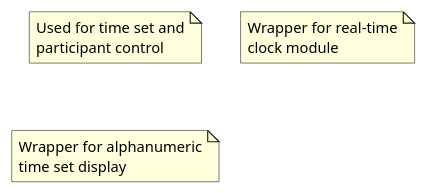
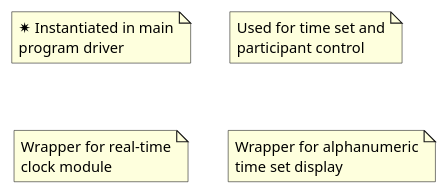
The diagram in docs/sw-docs/plant-uml/notes.puml (rebeccajennifer/color-clock), drawn with PlantUML before and after one commit. The commit also changed 6 other files, not shown here.

```diff
--- a/docs/sw-docs/plant-uml/notes.puml
+++ b/docs/sw-docs/plant-uml/notes.puml
@@ -1,14 +1,19 @@
+note as instantiate_note
+✷ Instantiated in main
+program driver
+end note
+
 note as btn_note
 Used for time set and
 participant control
 end note
 
 note as flux_clock_note
 Wrapper for real-time
 clock module
 end note
 
 note as time_disp_note
 Wrapper for alphanumeric
 time set display
 end note
```
